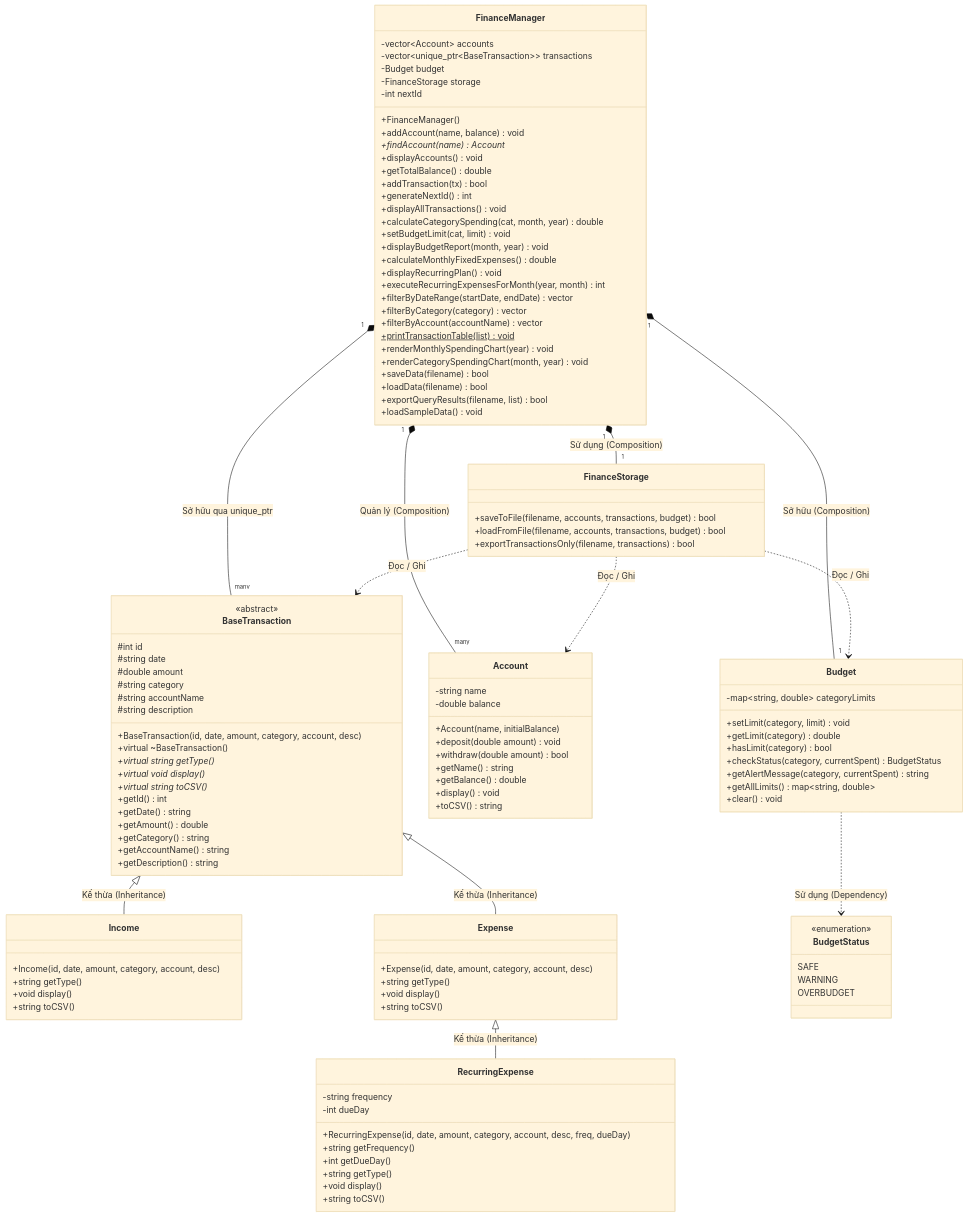
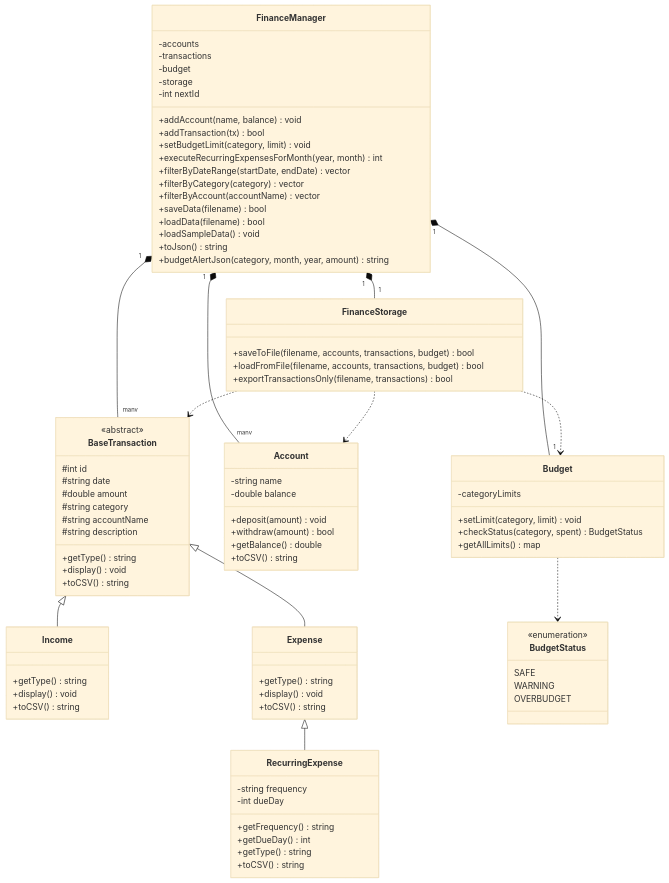
One commit to Thahwt/finance_managment_simulator changed the second of 2 diagrams in README.md. Above: the diagram before and after it, drawn with Mermaid (base theme). The commit also changed other lines of this file and 25 other files, not shown here.

````diff
--- a/README.md
+++ b/README.md
@@ -25,7 +57,6 @@
 classDiagram
     direction TB
 
-    %% ================= HỆ THỐNG GIAO DỊCH =================
     class BaseTransaction {
         <<abstract>>
         #int id
@@ -34,130 +65,83 @@
         #string category
         #string accountName
         #string description
-        +BaseTransaction(id, date, amount, category, account, desc)
-        +virtual ~BaseTransaction()
-        +virtual string getType()*
-        +virtual void display()*
-        +virtual string toCSV()*
-        +getId() int
-        +getDate() string
-        +getAmount() double
-        +getCategory() string
-        +getAccountName() string
-        +getDescription() string
+        +getType() string
+        +display() void
+        +toCSV() string
     }
-
     class Income {
-        +Income(id, date, amount, category, account, desc)
-        +string getType()
-        +void display()
-        +string toCSV()
+        +getType() string
+        +display() void
+        +toCSV() string
     }
-
     class Expense {
-        +Expense(id, date, amount, category, account, desc)
-        +string getType()
-        +void display()
-        +string toCSV()
+        +getType() string
+        +display() void
+        +toCSV() string
     }
-
     class RecurringExpense {
         -string frequency
         -int dueDay
-        +RecurringExpense(id, date, amount, category, account, desc, freq, dueDay)
-        +string getFrequency()
-        +int getDueDay()
-        +string getType()
-        +void display()
-        +string toCSV()
+        +getFrequency() string
+        +getDueDay() int
+        +getType() string
+        +toCSV() string
     }
+    BaseTransaction <|-- Income
+    BaseTransaction <|-- Expense
+    Expense <|-- RecurringExpense
 
-    BaseTransaction <|-- Income : Kế thừa (Inheritance)
-    BaseTransaction <|-- Expense : Kế thừa (Inheritance)
-    Expense <|-- RecurringExpense : Kế thừa (Inheritance)
-
-    %% ================= TÀI KHOẢN =================
     class Account {
         -string name
         -double balance
-        +Account(name, initialBalance)
-        +deposit(double amount) void
-        +withdraw(double amount) bool
-        +getName() string
+        +deposit(amount) void
+        +withdraw(amount) bool
         +getBalance() double
-        +display() void
         +toCSV() string
     }
-
-    %% ================= NGÂN SÁCH =================
     class BudgetStatus {
         <<enumeration>>
         SAFE
         WARNING
         OVERBUDGET
     }
+    class Budget {
+        -categoryLimits
+        +setLimit(category, limit) void
+        +checkStatus(category, spent) BudgetStatus
+        +getAllLimits() map
+    }
+    Budget ..> BudgetStatus
 
-    class Budget {
-        -map~string, double~ categoryLimits
-        +setLimit(category, limit) void
-        +getLimit(category) double
-        +hasLimit(category) bool
-        +checkStatus(category, currentSpent) BudgetStatus
-        +getAlertMessage(category, currentSpent) string
-        +getAllLimits() map~string, double~
-        +clear() void
-    }
-
-    Budget ..> BudgetStatus : Sử dụng (Dependency)
-
-    %% ================= LƯU TRỮ CSV =================
     class FinanceStorage {
         +saveToFile(filename, accounts, transactions, budget) bool
         +loadFromFile(filename, accounts, transactions, budget) bool
         +exportTransactionsOnly(filename, transactions) bool
     }
-
-    %% ================= ĐIỀU PHỐI CHÍNH =================
     class FinanceManager {
-        -vector~Account~ accounts
-        -vector~unique_ptr~BaseTransaction~~ transactions
-        -Budget budget
-        -FinanceStorage storage
+        -accounts
+        -transactions
+        -budget
+        -storage
         -int nextId
-        +FinanceManager()
         +addAccount(name, balance) void
-        +findAccount(name) Account*
-        +displayAccounts() void
-        +getTotalBalance() double
         +addTransaction(tx) bool
-        +generateNextId() int
-        +displayAllTransactions() void
-        +calculateCategorySpending(cat, month, year) double
-        +setBudgetLimit(cat, limit) void
-        +displayBudgetReport(month, year) void
-        +calculateMonthlyFixedExpenses() double
-        +displayRecurringPlan() void
+        +setBudgetLimit(category, limit) void
         +executeRecurringExpensesForMonth(year, month) int
         +filterByDateRange(startDate, endDate) vector
         +filterByCategory(category) vector
         +filterByAccount(accountName) vector
-        +printTransactionTable(list) void$
-        +renderMonthlySpendingChart(year) void
-        +renderCategorySpendingChart(month, year) void
         +saveData(filename) bool
         +loadData(filename) bool
-        +exportQueryResults(filename, list) bool
         +loadSampleData() void
+        +toJson() string
+        +budgetAlertJson(category, month, year, amount) string
     }
-
-    %% Quan hệ giữa Manager và các thành phần
-    FinanceManager "1" *-- "many" Account : Quản lý (Composition)
-    FinanceManager "1" *-- "many" BaseTransaction : Sở hữu qua unique_ptr
-    FinanceManager "1" *-- "1" Budget : Sở hữu (Composition)
-    FinanceManager "1" *-- "1" FinanceStorage : Sử dụng (Composition)
-
-    %% Quan hệ lưu trữ
-    FinanceStorage ..> Account : Đọc / Ghi
-    FinanceStorage ..> BaseTransaction : Đọc / Ghi
-    FinanceStorage ..> Budget : Đọc / Ghi
+    FinanceManager "1" *-- "many" Account
+    FinanceManager "1" *-- "many" BaseTransaction
+    FinanceManager "1" *-- "1" Budget
+    FinanceManager "1" *-- "1" FinanceStorage
+    FinanceStorage ..> Account
+    FinanceStorage ..> BaseTransaction
+    FinanceStorage ..> Budget
 ```
````
